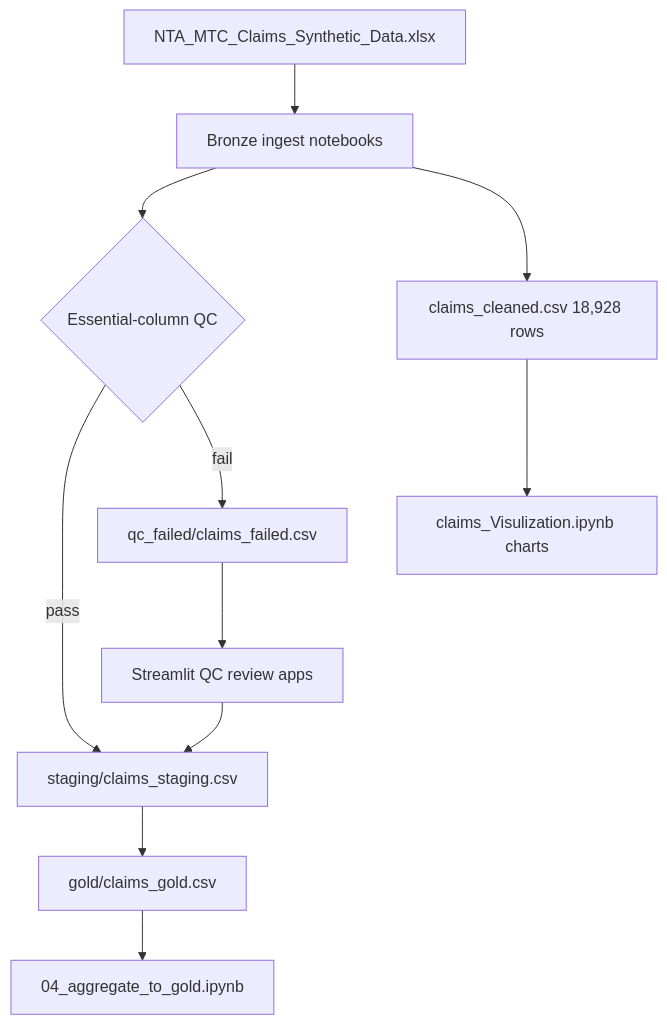
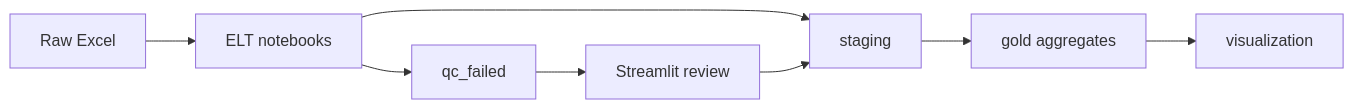
The first of 3 diagrams in README.md (ArchanaChetan07/Insurance-Product-Performance-Analytics-Platform), drawn with Mermaid before and after one commit. The commit also changed other lines of this file, not shown here.

Commit message:
docs: FAANG-ready professional README with diagrams and verified metrics

````diff
--- a/README.md
+++ b/README.md
@@ -33,13 +28,10 @@
 ```mermaid
-flowchart TB
-    XLS[NTA_MTC_Claims_Synthetic_Data.xlsx] --> BR[Bronze ingest notebooks]
-    BR --> QC{Essential-column QC}
-    QC -->|pass| ST[staging/claims_staging.csv]
-    QC -->|fail| FL[qc_failed/claims_failed.csv]
-    FL --> UI[Streamlit QC review apps]
-    UI --> ST
-    ST --> GL[gold/claims_gold.csv]
-    BR --> CL[claims_cleaned.csv 18,928 rows]
-    CL --> VIZ[claims_Visulization.ipynb charts]
-    GL --> AGG[04_aggregate_to_gold.ipynb]
+flowchart LR
+  R[Raw Excel] --> E[ELT notebooks]
+  E --> S[staging]
+  E --> Q[qc_failed]
+  Q --> UI[Streamlit review]
+  UI --> S
+  S --> G[gold aggregates]
+  G --> V[visualization]
 ```
````
